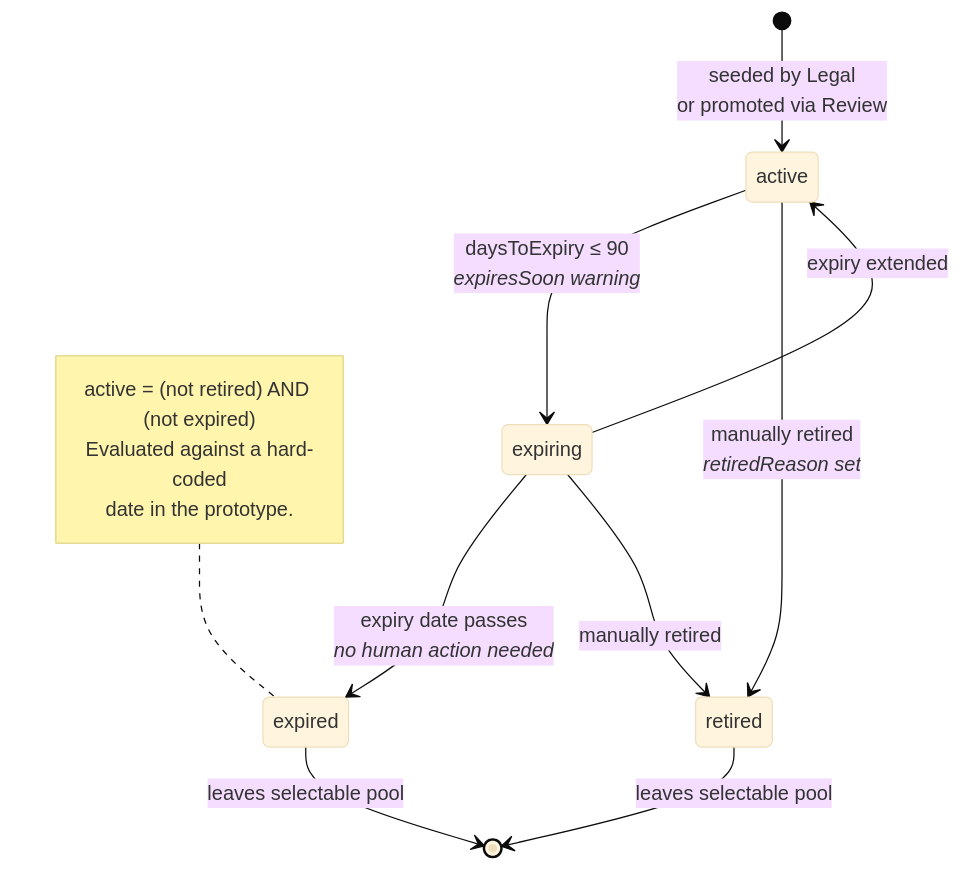
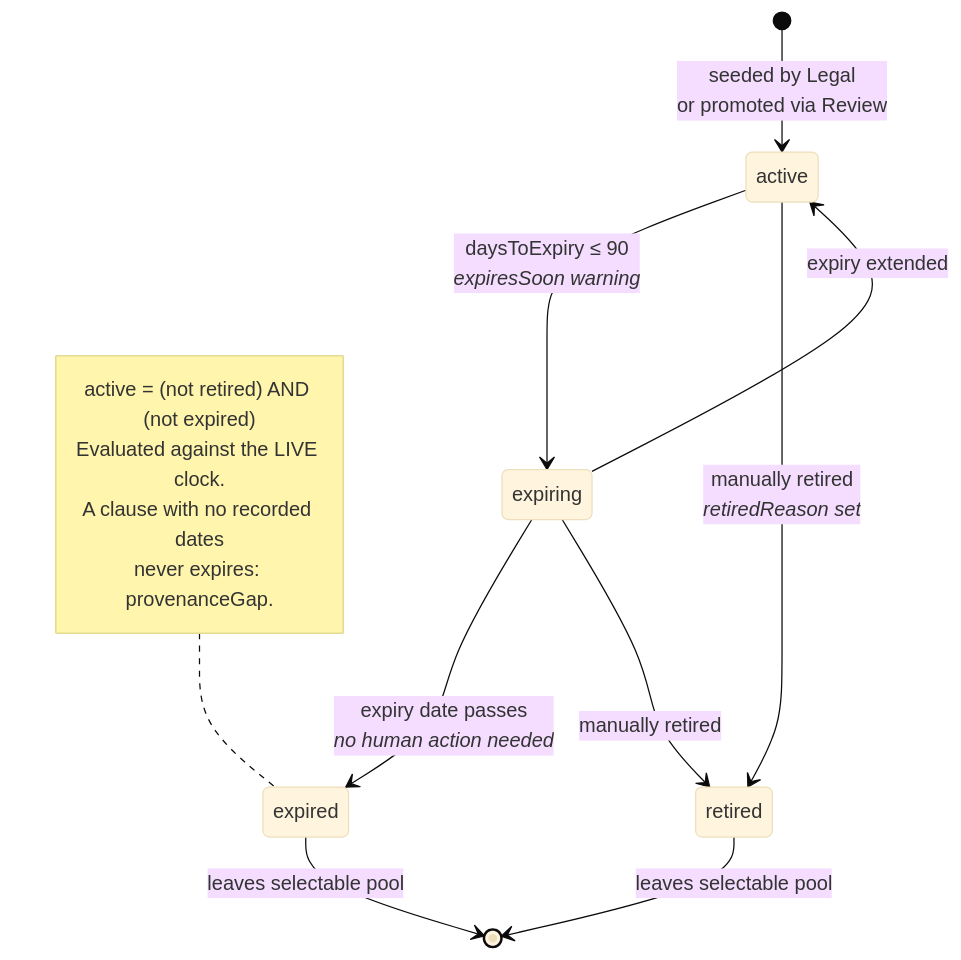
The fifth of 6 diagrams in docs/diagrams.md (coonhound-pharaoh/clausewerk), drawn with Mermaid (base theme) before and after one commit. The commit also changed other lines of this file and 25 other files, not shown here.

````diff
--- a/docs/diagrams.md
+++ b/docs/diagrams.md
@@ -157,20 +158,21 @@
 ```mermaid
 stateDiagram-v2
   [*] --> active: seeded by Legal<br/>or promoted via Review
 
   active --> expiring: daysToExpiry ≤ 90<br/><i>expiresSoon warning</i>
   expiring --> active: expiry extended
   expiring --> expired: expiry date passes<br/><i>no human action needed</i>
 
   active --> retired: manually retired<br/><i>retiredReason set</i>
   expiring --> retired: manually retired
 
   expired --> [*]: leaves selectable pool
   retired --> [*]: leaves selectable pool
 
   note left of expired
     active = (not retired) AND (not expired)
-    Evaluated against a hard-coded
-    date in the prototype.
+    Evaluated against the LIVE clock.
+    A clause with no recorded dates
+    never expires: provenanceGap.
   end note
 ```
````
